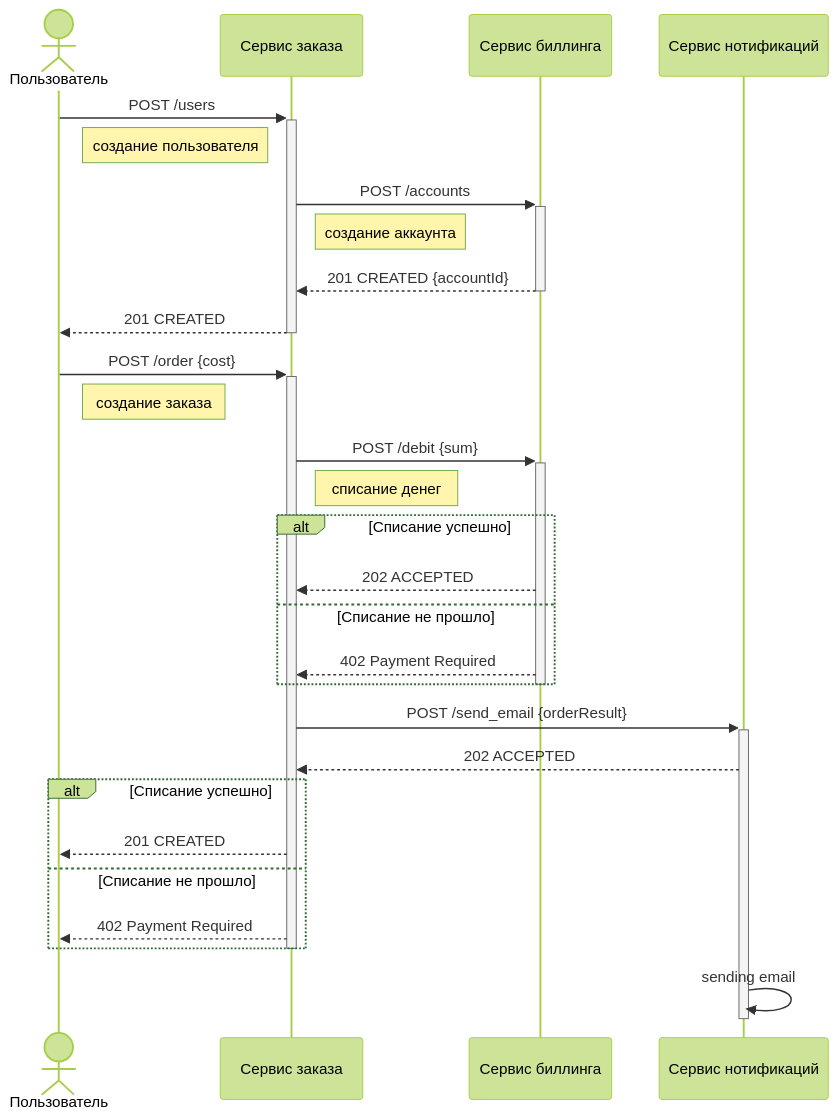
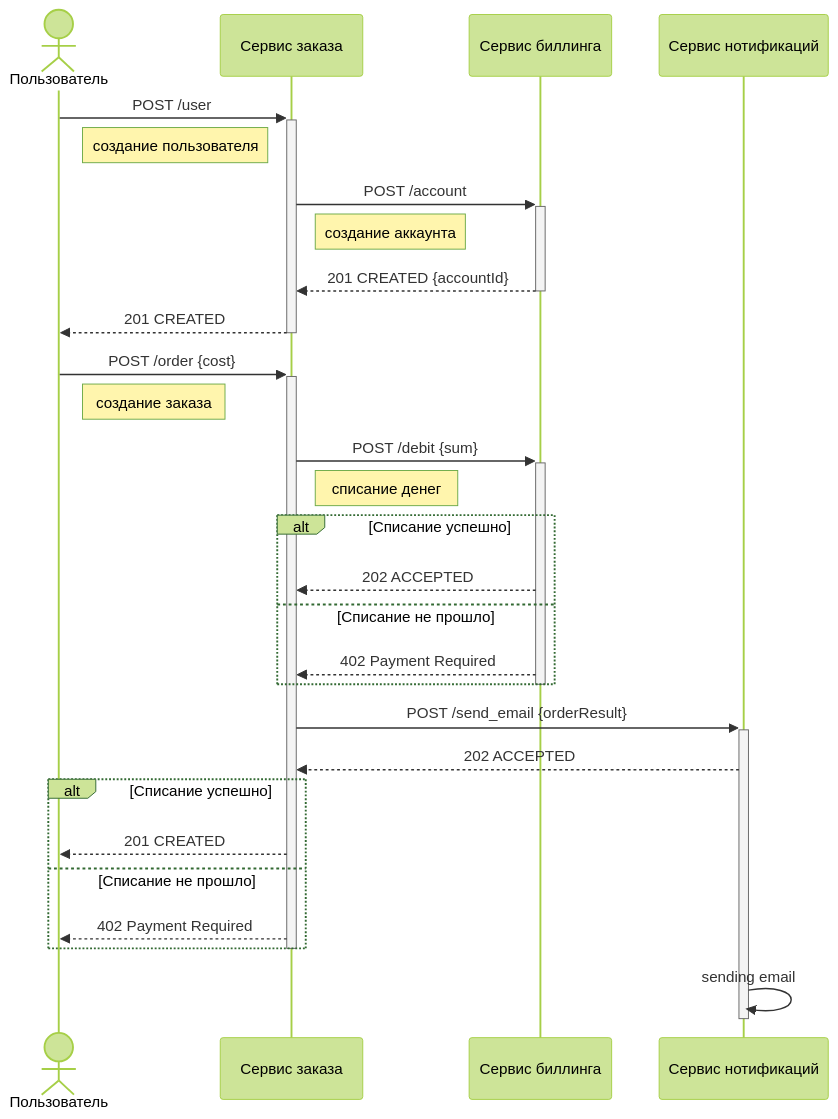
Before and after one commit to kochnevd/course-microservices: the diagram in homework7/api-spec/rest/rest-sequence.md, drawn with Mermaid (forest theme). The commit also changed 1 other file, not shown here.

Commit message:
HW#7 REST-HTTP sequence diagram fix

````diff
--- a/homework7/api-spec/rest/rest-sequence.md
+++ b/homework7/api-spec/rest/rest-sequence.md
@@ -1,40 +1,40 @@
 ```mermaid
 sequenceDiagram
 
 actor User as Пользователь
 participant OrderService as Сервис заказа
 participant BillingService as Сервис биллинга
 participant NotificationService as Сервис нотификаций
 
-User->>+OrderService: POST /users
+User->>+OrderService: POST /user
     Note right of User: создание пользователя
     
-    OrderService->>+BillingService: POST /accounts
+    OrderService->>+BillingService: POST /account
         Note right of OrderService: создание аккаунта
     BillingService-->>-OrderService: 201 CREATED {accountId}
 OrderService-->>-User: 201 CREATED
 
 User->>+OrderService: POST /order {cost}
     Note right of User: создание заказа
     
     OrderService->>+BillingService: POST /debit {sum}
         Note right of OrderService: списание денег
     alt Списание успешно
         BillingService-->>OrderService: 202 ACCEPTED
     else Списание не прошло
         BillingService-->>OrderService: 402 Payment Required
     end
     deactivate BillingService
     
     OrderService->>+NotificationService: POST /send_email {orderResult}
     NotificationService-->>OrderService: 202 ACCEPTED
 
 alt Списание успешно
     OrderService-->>User: 201 CREATED
 else Списание не прошло
     OrderService-->>User: 402 Payment Required
 end
 deactivate OrderService
 
     NotificationService->>-NotificationService: sending email
 ```
````
